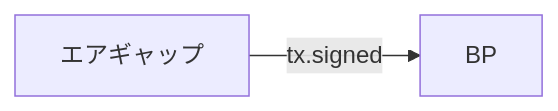
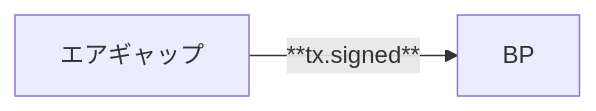
Before and after one commit to btbf/spojapanguild: the third of 4 diagrams in docs/cardano/operation/calidus-key-generation.md, drawn with Mermaid. The commit also changed other lines of this file, not shown here.

````diff
--- a/docs/cardano/operation/calidus-key-generation.md
+++ b/docs/cardano/operation/calidus-key-generation.md
@@ -262,4 +262,4 @@
     ``` mermaid
     graph LR
-        A[エアギャップ] -->|tx.signed| B[BP];
+        A[エアギャップ] -->|**tx.signed**| B[BP];
     ```
````
